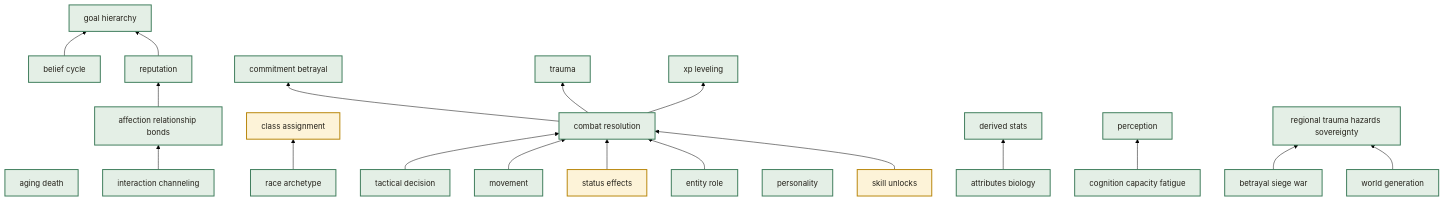
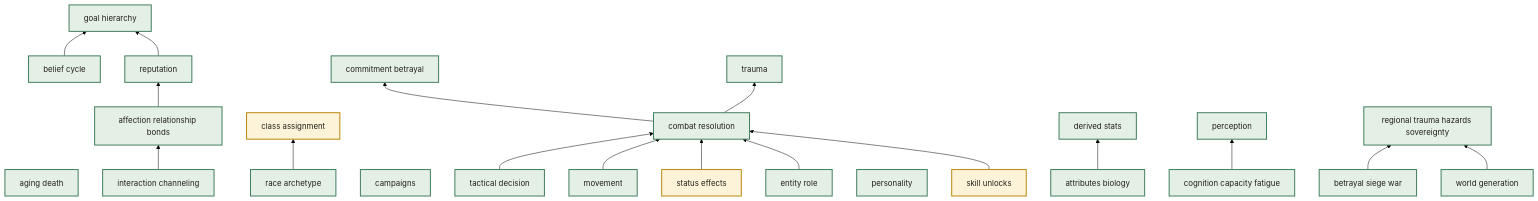
Before and after one commit to ttnhan18062000/rpg-based-simulation: the diagram in docs/brainstorm/mechanism_priority_view.md, drawn with Mermaid (forest theme). The commit also changed other lines of this file and 15 other files, not shown here.

````diff
--- a/docs/brainstorm/mechanism_priority_view.md
+++ b/docs/brainstorm/mechanism_priority_view.md
@@ -44,53 +44,52 @@
 ```mermaid
 flowchart BT
     classDef done fill:#e4efe6,stroke:#3f7d5c,stroke-width:2px,color:#232019
     classDef partial fill:#fdf3d8,stroke:#b8860b,stroke-width:2px,color:#232019
     classDef gap fill:#f7e4e1,stroke:#b0392f,stroke-width:2px,color:#232019
     classDef orphan fill:#f7e4e1,stroke:#b0392f,stroke-width:2px,stroke-dasharray: 2 2,color:#232019
     classDef gated fill:#f7ecd2,stroke:#9a6b0c,stroke-width:2px,stroke-dasharray: 3 3,color:#232019
     classDef skeleton fill:#eee,stroke:#888,stroke-width:1px,stroke-dasharray: 1 3,color:#232019
 
     affection_relationship_bonds["affection relationship bonds"]:::done
     aging_death["aging death"]:::done
     attributes_biology["attributes biology"]:::done
     belief_cycle["belief cycle"]:::done
     betrayal_siege_war["betrayal siege war"]:::done
+    campaigns["campaigns"]:::done
     class_assignment["class assignment"]:::partial
     cognition_capacity_fatigue["cognition capacity fatigue"]:::done
     combat_resolution["combat resolution"]:::done
     commitment_betrayal["commitment betrayal"]:::done
     derived_stats["derived stats"]:::done
     entity_role["entity role"]:::done
     goal_hierarchy["goal hierarchy"]:::done
     interaction_channeling["interaction channeling"]:::done
     movement["movement"]:::done
     perception["perception"]:::done
     personality["personality"]:::done
     race_archetype["race archetype"]:::done
     regional_trauma_hazards_sovereignty["regional trauma hazards sovereignty"]:::done
     reputation["reputation"]:::done
     skill_unlocks["skill unlocks"]:::partial
     status_effects["status effects"]:::partial
     tactical_decision["tactical decision"]:::done
     trauma["trauma"]:::done
     world_generation["world generation"]:::done
-    xp_leveling["xp leveling"]:::done
 
     interaction_channeling --> affection_relationship_bonds
     race_archetype --> class_assignment
     tactical_decision --> combat_resolution
     movement --> combat_resolution
     status_effects --> combat_resolution
     entity_role --> combat_resolution
     skill_unlocks --> combat_resolution
     combat_resolution --> commitment_betrayal
     attributes_biology --> derived_stats
     belief_cycle --> goal_hierarchy
     reputation --> goal_hierarchy
     cognition_capacity_fatigue --> perception
     betrayal_siege_war --> regional_trauma_hazards_sovereignty
     world_generation --> regional_trauma_hazards_sovereignty
     affection_relationship_bonds --> reputation
     combat_resolution --> trauma
-    combat_resolution --> xp_leveling
 ```
````
